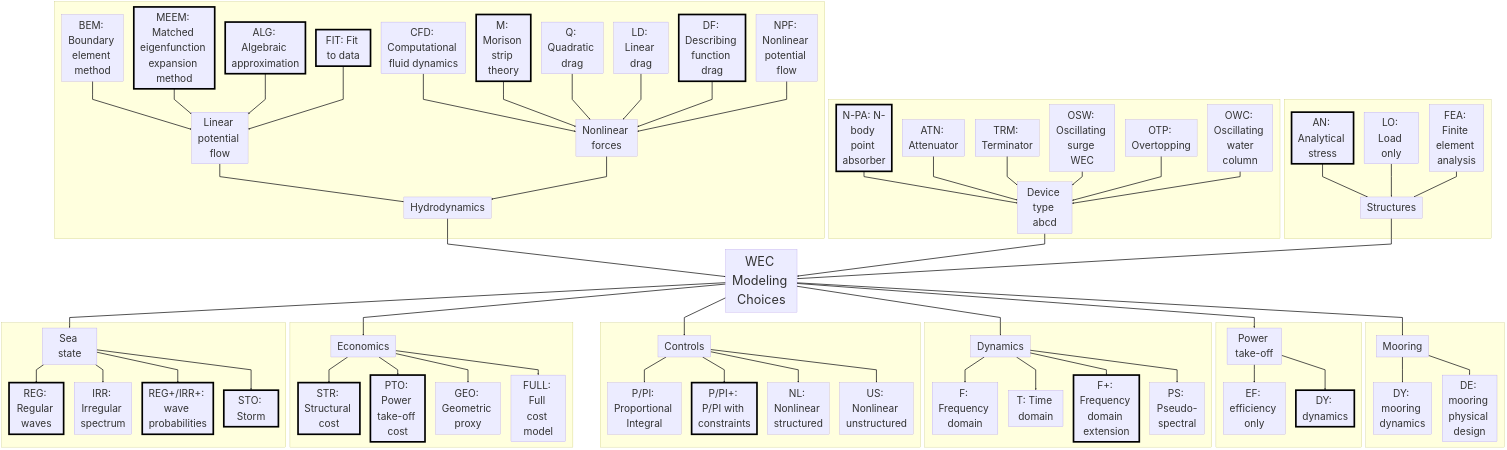
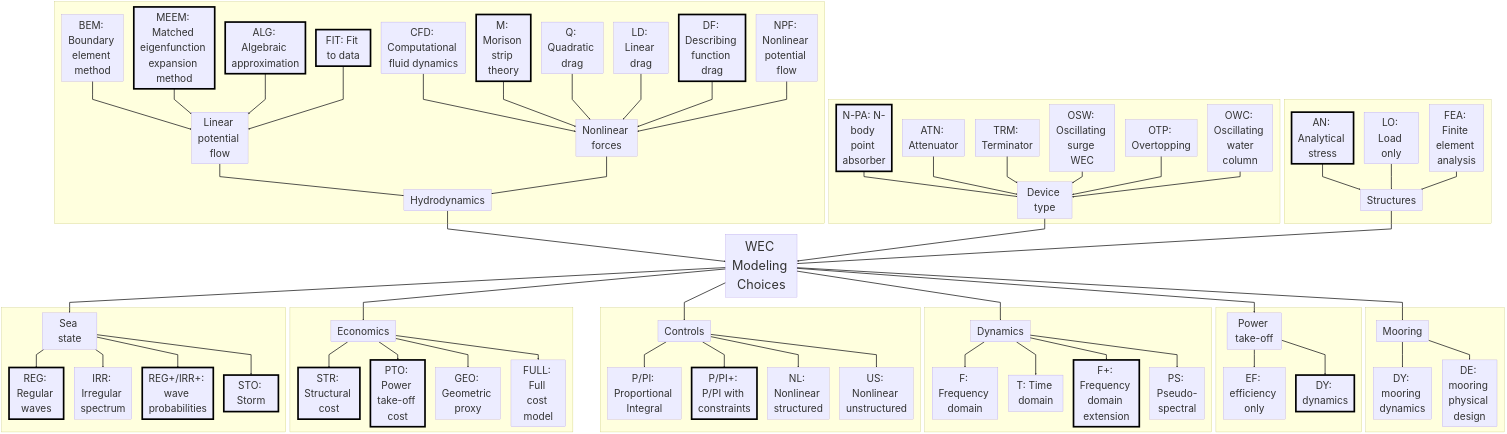
Before and after one commit to symbiotic-engineering/MDOcean: the diagram in mdocean/plots/non_matlab_figs/taxonomy.mmd, drawn with Mermaid.

Commit message:
remove abcd from mmd

```diff
--- a/mdocean/plots/non_matlab_figs/taxonomy.mmd
+++ b/mdocean/plots/non_matlab_figs/taxonomy.mmd
@@ -1,150 +1,150 @@
 %%{init: {
   "flowchart": {
     "curve": "linear"
     },
   "themeVariables": {
     "fontSize": "48px"
   }
 }}%%
 flowchart TB
     Parent["WEC Modeling Choices"]
 
     SpacerL[" "] --- Parent --- SpacerR[" "]
 
 %% connections to parent
     ChildA --> Parent
     Device --> Parent
     ChildC --> Parent
 
     Parent --> PTO
     Parent --> ChildB
     Parent --> Controls
     Parent --> ChildD
     Parent --> ChildE
     Parent --> Mooring
 
 %% device typeset
 subgraph device[" "]
-    Device["Device type abcd"]
+    Device["Device type"]
 
     PA["N-PA: N-body point absorber"] --> Device
     ATN["ATN: Attenuator"] --> Device
     TRM["TRM: Terminator"] --> Device
     OSW["OSW: Oscillating surge WEC"] --> Device
     OTP["OTP: Overtopping"] --> Device
     OWC["OWC: Oscillating  water column"] --> Device
 end
 
 %% mooring
 subgraph mooring[" "]
     Mooring["Mooring"]
 
     Mooring --> DYN["DY: mooring dynamics"]
     Mooring --> DES["DE: mooring physical design"]
 end
 
 %% powertrain
 subgraph pto[" "]
     PTO["Power take-off"]
 
     PTO --> EFF["EF: efficiency only"]
     PTO --> PTODYN["DY: dynamics"]
 end
 
 %% HYDRODYNAMICS (top subgraph, arrows corrected upward)
 subgraph H[" "]
     ChildA["Hydrodynamics"]
 
     B1["Linear potential flow"] --> ChildA
     B3["Nonlinear forces"] --> ChildA
 
     BEM["BEM: Boundary element method"] --> B1
     MEEM["MEEM: Matched eigenfunction expansion method"] --> B1
     ALG["ALG: Algebraic approximation"] --> B1
     FIT["FIT: Fit to data"] --> B1
 
     CFD["CFD: Computational fluid dynamics"] --> B3
     M["M: Morison strip theory"] --> B3
     Q["Q: Quadratic drag"] --> B3
     LD["LD: Linear drag"] --> B3
     DF["DF: Describing function drag"] --> B3
     NPF["NPF: Nonlinear potential flow"] --> B3
 end
 
 %% DYNAMICS (top subgraph, arrows corrected upward)
 subgraph DY[" "]
     ChildB["Dynamics"]
 
     ChildB --> A1["F: Frequency domain"]
     ChildB --> A2["T: Time domain"]
     ChildB --> Fplus["F+: Frequency domain extension"]
     ChildB --> A4["PS: Pseudo-spectral"]
 end
 
 %% CONTROLS (top subgraph, arrows corrected upward)
 subgraph C[" "]
     Controls["Controls"]
     
     Controls --> CPI["P/PI: Proportional Integral"] 
     Controls --> Pplus["P/PI+: P/PI with constraints"]
     Controls --> NL["NL: Nonlinear structured"]
     Controls --> US["US: Nonlinear unstructured"]
 end
 
 %% STRUCTURES (bottom subgraph, flow top-to-bottom)
 subgraph S[" "]
     ChildC["Structures"]
 
     AN["AN: Analytical stress"] --> ChildC
     LO["LO: Load only"] --> ChildC
     FEA["FEA: Finite element analysis"] --> ChildC
 end
 
 %% ECONOMICS (bottom subgraph, flow top-to-bottom)
 subgraph E[" "]
     ChildD["Economics"]
 
     ChildD --> STR["STR: Structural cost"]
     ChildD --> PTOecon["PTO: Power take-off cost"]
     ChildD --> GEO["GEO: Geometric proxy"]
     ChildD --> D4["FULL: Full cost model"]
 end
 
 %% SEA STATE (bottom subgraph, flow top-to-bottom)
 subgraph SS[" "]
     ChildE["Sea state"]
 
     ChildE --> REG["REG: Regular waves"]
     ChildE --> IRR["IRR: Irregular spectrum"]
     ChildE --> JOINT["REG+/IRR+: wave probabilities"]
     ChildE --> STO["STO: Storm"]
 end
 
 linkStyle 2,3,4,5,6,7,8,9,10,11,12,13,14,15,16,17,18,19,20,21,22,23,24,25,26,27,28,29,30,31,32,33,34,35,36,37,38,39,40,41,42,43,44,45,46,47,48,49,50,51 stroke-width:4px
 
 linkStyle 0,1 stroke-width:0px
 
 %% Define a "thick" class
     classDef thick stroke-width:8px,stroke:#000
 
     class MEEM thick
     class DF thick
     class Pplus thick
     class REG thick
     class JOINT thick
     class STR thick
     class AN thick
     class M thick
     class PTOecon thick
     class STO thick
     class Fplus thick
     class ALG thick
     class FIT thick
     class PTODYN thick
     class PA thick
 
     classDef bigFont font-size:60px
     class Parent bigFont
 
     classDef hidden fill:none,stroke:none;
     class SpacerL,SpacerR hidden
```
